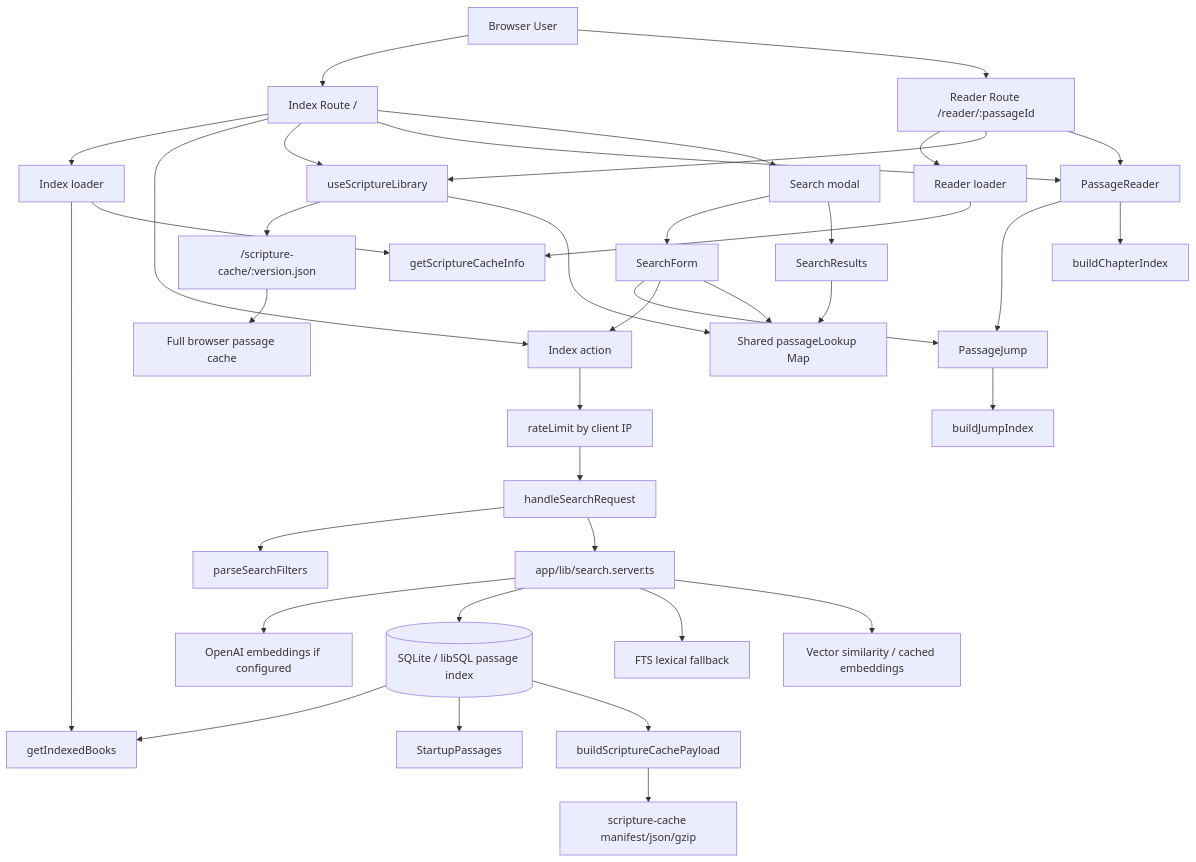
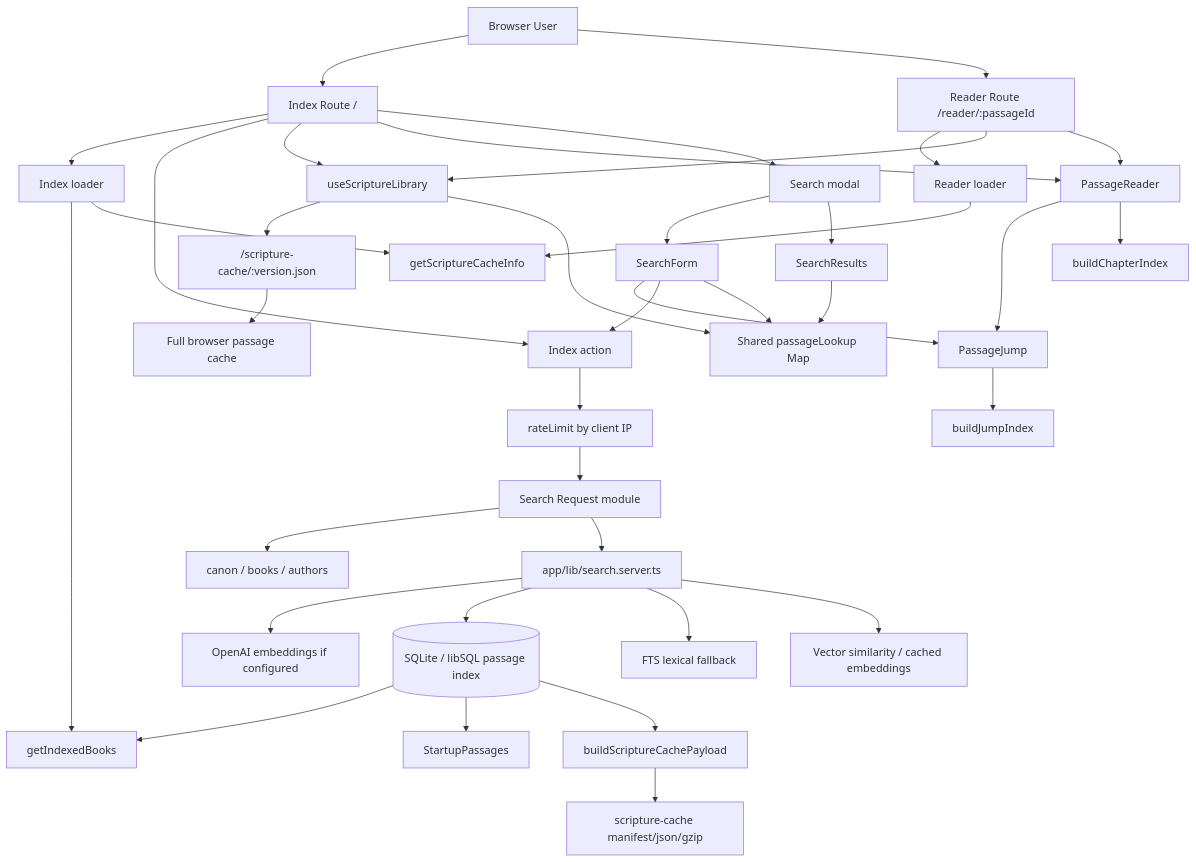
The first of 5 diagrams in docs/architecture.md (jacksonStone/cross-cannon), drawn with Mermaid before and after one commit. The commit also changed other lines of this file and 12 other files, not shown here.

````diff
--- a/docs/architecture.md
+++ b/docs/architecture.md
@@ -29,50 +29,50 @@
 ```mermaid
 flowchart TD
   User["Browser User"] --> Root["Index Route /"]
   User --> ReaderRoute["Reader Route /reader/:passageId"]
 
   Root --> Loader[Index loader]
   Root --> Action[Index action]
   ReaderRoute --> ReaderLoader[Reader loader]
 
   Loader --> IndexedBooks[getIndexedBooks]
   Loader --> CacheInfo[getScriptureCacheInfo]
   ReaderLoader --> CacheInfo
 
   Root --> ScriptureLibrary[useScriptureLibrary]
   ReaderRoute --> ScriptureLibrary
 
   ScriptureLibrary --> BrowserCache["/scripture-cache/:version.json"]
   BrowserCache --> FullPassageCache["Full browser passage cache"]
   ScriptureLibrary --> PassageLookup["Shared passageLookup Map"]
 
   Root --> PassageReader[PassageReader]
   Root --> SearchModal[Search modal]
   ReaderRoute --> PassageReader
 
   SearchModal --> SearchForm[SearchForm]
   SearchModal --> SearchResults[SearchResults]
   PassageReader --> PassageJump[PassageJump]
   SearchForm --> PassageJump
 
   SearchForm --> Action
   SearchResults --> PassageLookup
   SearchForm --> PassageLookup
   PassageReader --> ChapterIndex[buildChapterIndex]
   PassageJump --> JumpIndex[buildJumpIndex]
 
   Action --> RateLimit[rateLimit by client IP]
-  RateLimit --> SearchServer[handleSearchRequest]
-  SearchServer --> Filters[parseSearchFilters]
-  SearchServer --> SearchEngine["app/lib/search.server.ts"]
+  RateLimit --> SearchRequest[Search Request module]
+  SearchRequest --> Filters[canon / books / authors]
+  SearchRequest --> SearchEngine["app/lib/search.server.ts"]
 
   SearchEngine --> OpenAI["OpenAI embeddings if configured"]
   SearchEngine --> DB[("SQLite / libSQL passage index")]
   SearchEngine --> FTS["FTS lexical fallback"]
   SearchEngine --> Vector["Vector similarity / cached embeddings"]
 
   DB --> IndexedBooks
   DB --> StartupPassages
   DB --> CacheBuild[buildScriptureCachePayload]
   CacheBuild --> StaticCache["scripture-cache manifest/json/gzip"]
 ```
````
